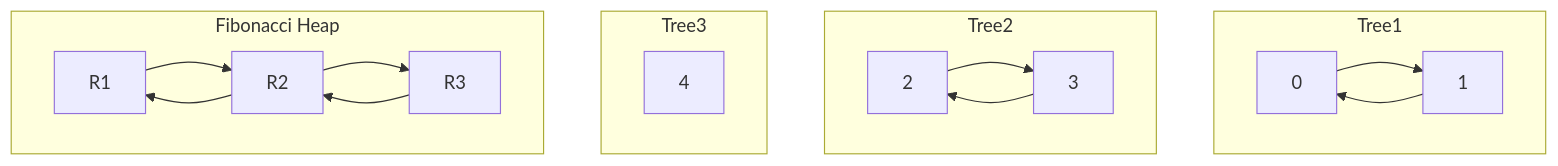
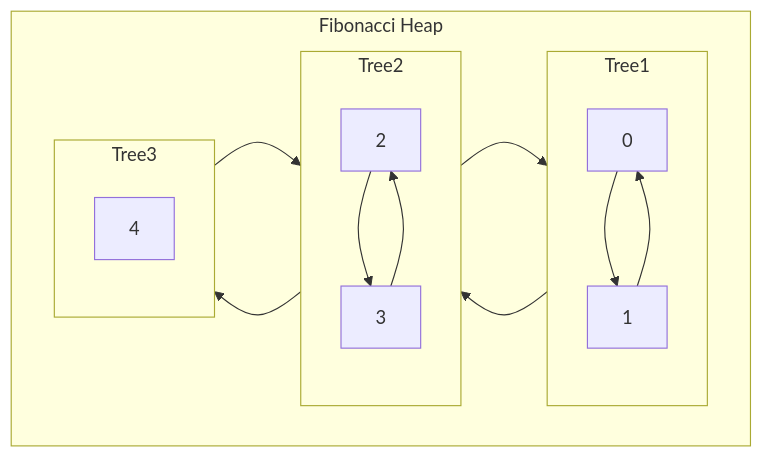
Before and after one commit to alkasher/Fibonacci_Heap: the second of 2 diagrams in README.md, drawn with Mermaid.

````diff
--- a/README.md
+++ b/README.md
@@ -43,21 +43,21 @@
 ```mermaid
 graph TD
 subgraph Tree1
 A[0] --> B[1]
 B[1] --> A[0]
 end
 subgraph Tree2
 C[2] --> D[3]
 D[3] --> C[2]
 end
 subgraph Tree3
 E[4]
 end
 subgraph Fibonacci Heap
 direction LR
-R1-->R2
-R2-->R1
-R2-->R3
-R3-->R2
+Tree1-->Tree2
+Tree2-->Tree1
+Tree2-->Tree3
+Tree3-->Tree2
 end
 ```
````
